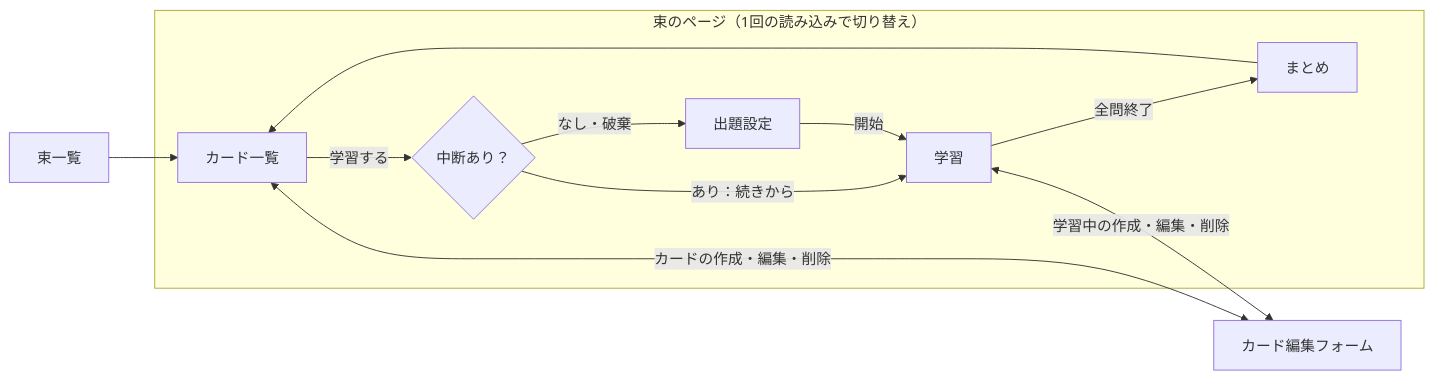
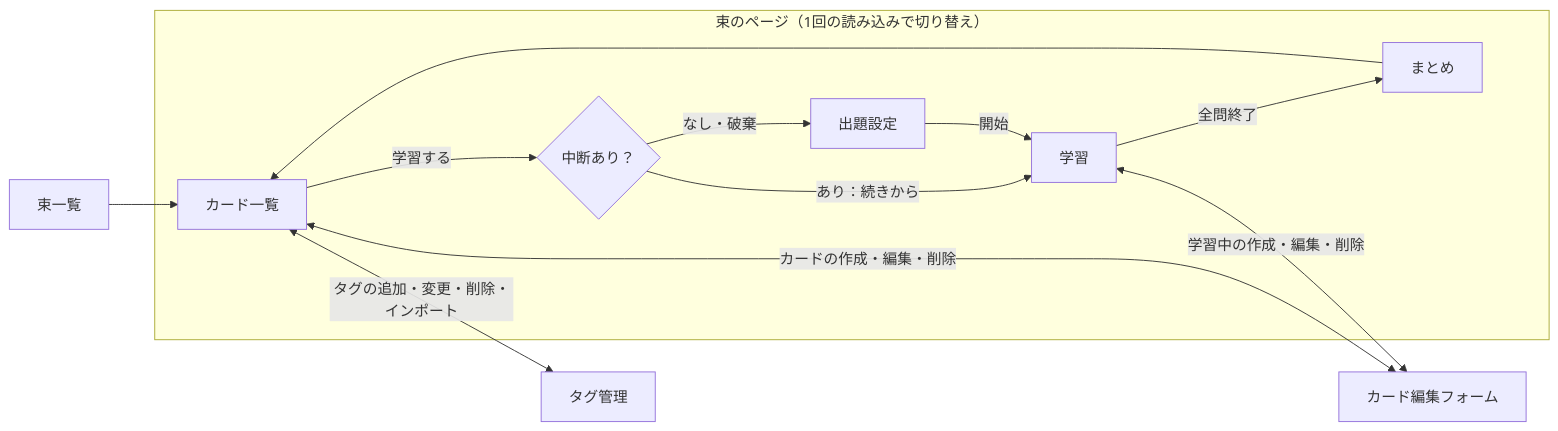
One commit to take5553/slim changed the diagram in docs/anki/requirements.md. Above: the diagram before and after it, drawn with Mermaid. The commit also changed other lines of this file, not shown here.

````diff
--- a/docs/anki/requirements.md
+++ b/docs/anki/requirements.md
@@ -122,14 +122,15 @@
 ```mermaid
 flowchart LR
     decks[束一覧] --> list[カード一覧]
     subgraph deckpage [束のページ（1回の読み込みで切り替え）]
         list -- 学習する --> resume{中断あり？}
         resume -- なし・破棄 --> setup[出題設定]
         resume -- あり：続きから --> study[学習]
         setup -- 開始 --> study
         study -- 全問終了 --> summary[まとめ]
         summary --> list
     end
     list <-- カードの作成・編集・削除 --> form[カード編集フォーム]
     study <-- 学習中の作成・編集・削除 --> form
+    list <-- タグの追加・変更・削除・インポート --> tags[タグ管理]
 ```
````
